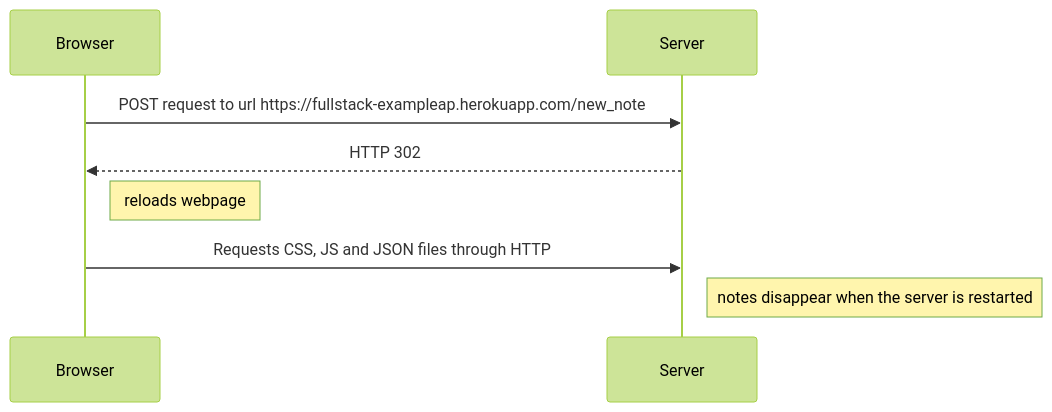
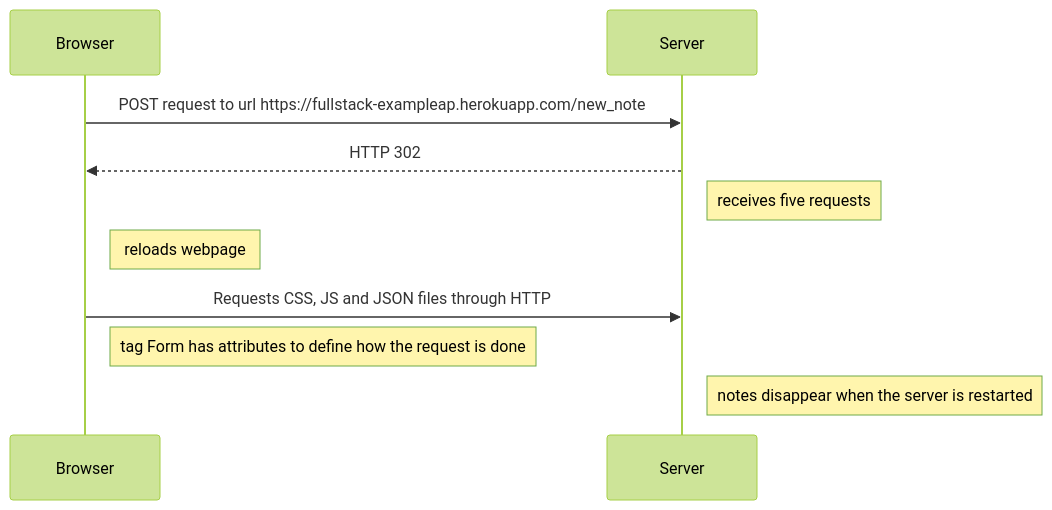
One commit to angelo-gabriel/fullstackopen-exercises changed the diagram in part0/04diagrama.md. Above: the diagram before and after it, drawn with Mermaid (forest theme).

````diff
--- a/part0/04diagrama.md
+++ b/part0/04diagrama.md
@@ -3,15 +3,16 @@
 ```mermaid
-    sequenceDiagram
+   sequenceDiagram
         participant Browser
         participant Server
 
         Browser->>Server: POST request to url https://fullstack-exampleap.herokuapp.com/new_note
         Server-->>Browser: HTTP 302
-
+        Note right of Server: receives five requests
         Note right of Browser: reloads webpage
 
         Browser->>Server: Requests CSS, JS and JSON files through HTTP
 
+        Note right of Browser: tag Form has attributes to define how the request is done
         Note right of Server: notes disappear when the server is restarted
 
 ```
````
